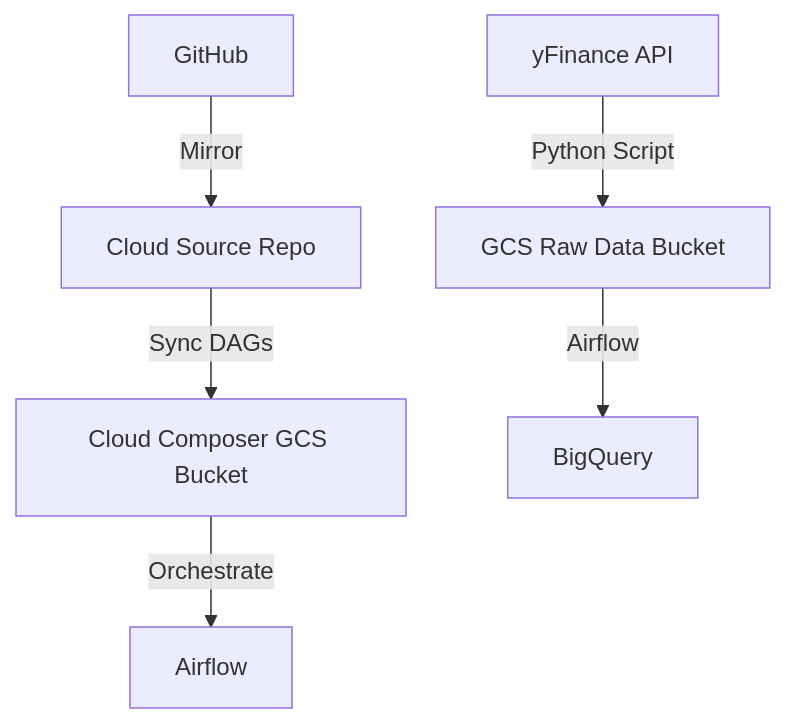
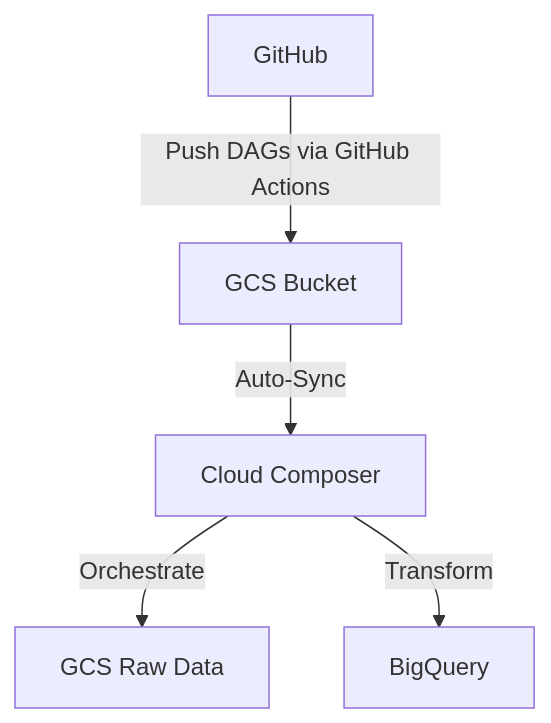
The diagram in README.md (PravinTiwari023/airflow-dags-stock-data), drawn with Mermaid before and after one commit. The commit also changed other lines of this file, not shown here.

````diff
--- a/README.md
+++ b/README.md
@@ -177,8 +26,7 @@
 ```mermaid
 graph TD
-  A[GitHub] -->|Mirror| B[Cloud Source Repo]
-  B -->|Sync DAGs| C[Cloud Composer GCS Bucket]
-  D[yFinance API] -->|Python Script| E[GCS Raw Data Bucket]
-  E -->|Airflow| F[BigQuery]
-  C -->|Orchestrate| G[Airflow]
+  A[GitHub] -->|Push DAGs via GitHub Actions| B[GCS Bucket]
+  B -->|Auto-Sync| C[Cloud Composer]
+  C -->|Orchestrate| D[GCS Raw Data]
+  C -->|Transform| E[BigQuery]
 ```
````
